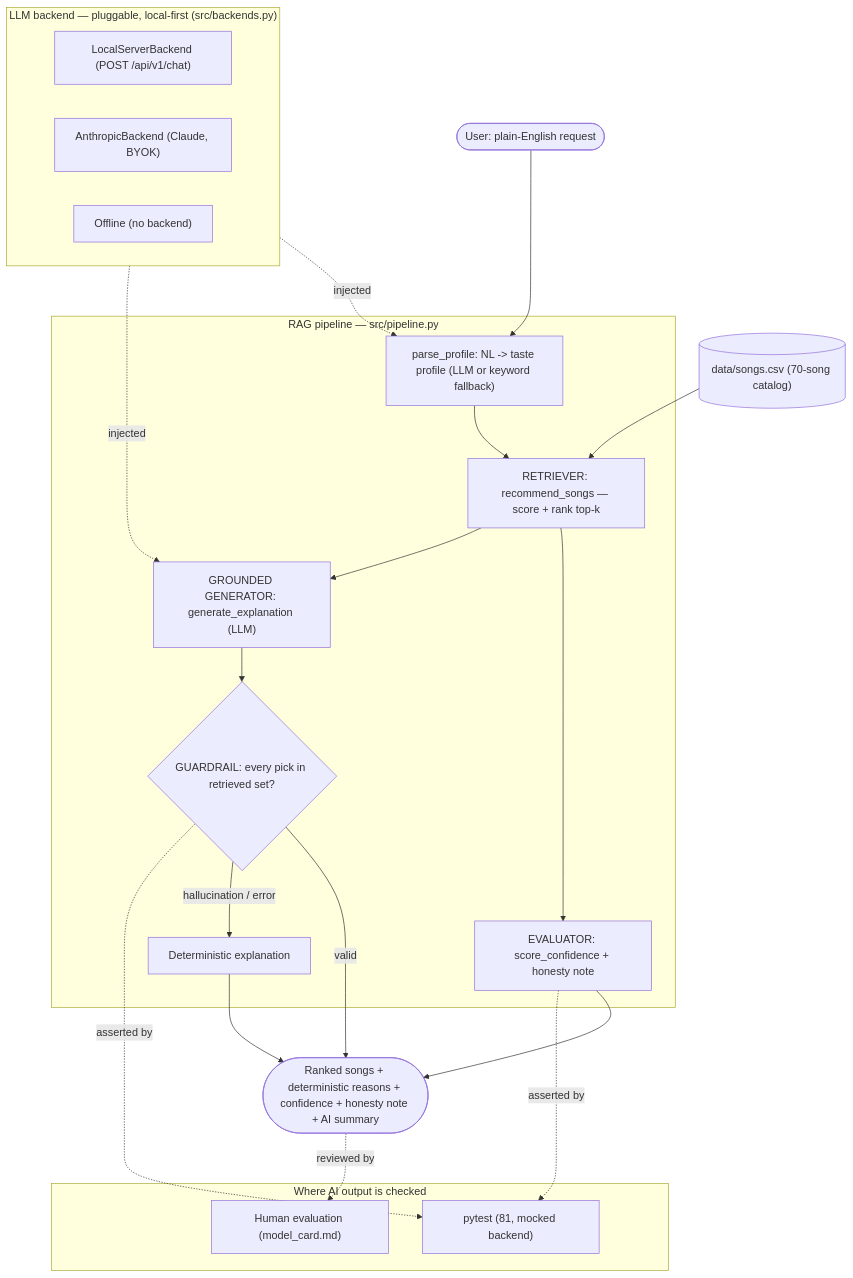
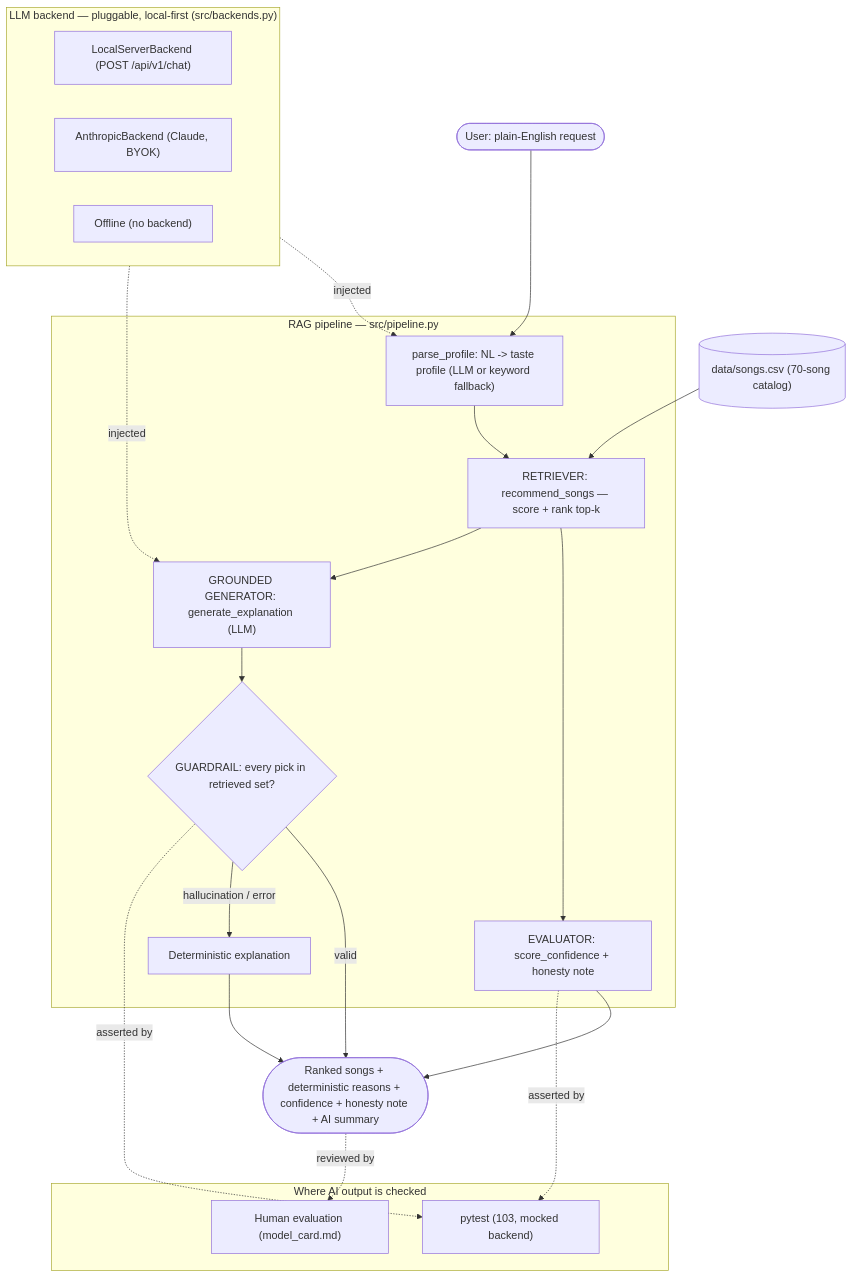
Before and after one commit to alienesgoktas/Applied-AI-System-Project: the diagram in README.md, drawn with Mermaid. The commit also changed other lines of this file and 5 other files, not shown here.

````diff
--- a/README.md
+++ b/README.md
@@ -50,41 +50,41 @@
 ```mermaid
 flowchart TB
     USER([User: plain-English request])
     OUT([Ranked songs + deterministic reasons + confidence + honesty note + AI summary])
     CSV[("data/songs.csv (70-song catalog)")]
 
     subgraph Backends["LLM backend — pluggable, local-first (src/backends.py)"]
         LOCAL["LocalServerBackend (POST /api/v1/chat)"]
         ANTH["AnthropicBackend (Claude, BYOK)"]
         OFFB["Offline (no backend)"]
     end
 
     subgraph Core["RAG pipeline — src/pipeline.py"]
         PARSE["parse_profile: NL -> taste profile (LLM or keyword fallback)"]
         RETR["RETRIEVER: recommend_songs — score + rank top-k"]
         GEN["GROUNDED GENERATOR: generate_explanation (LLM)"]
         GUARD{"GUARDRAIL: every pick in retrieved set?"}
         DET["Deterministic explanation"]
         CONF["EVALUATOR: score_confidence + honesty note"]
     end
 
     subgraph Checks["Where AI output is checked"]
-        TESTS["pytest (81, mocked backend)"]
+        TESTS["pytest (103, mocked backend)"]
         HUMAN["Human evaluation (model_card.md)"]
     end
 
     USER --> PARSE
     Backends -. injected .-> PARSE
     Backends -. injected .-> GEN
     CSV --> RETR
     PARSE --> RETR
     RETR --> CONF
     RETR --> GEN
     GEN --> GUARD
     GUARD -- valid --> OUT
     GUARD -- "hallucination / error" --> DET --> OUT
     CONF --> OUT
     GUARD -. asserted by .-> TESTS
     CONF -. asserted by .-> TESTS
     OUT -. reviewed by .-> HUMAN
 ```
````
